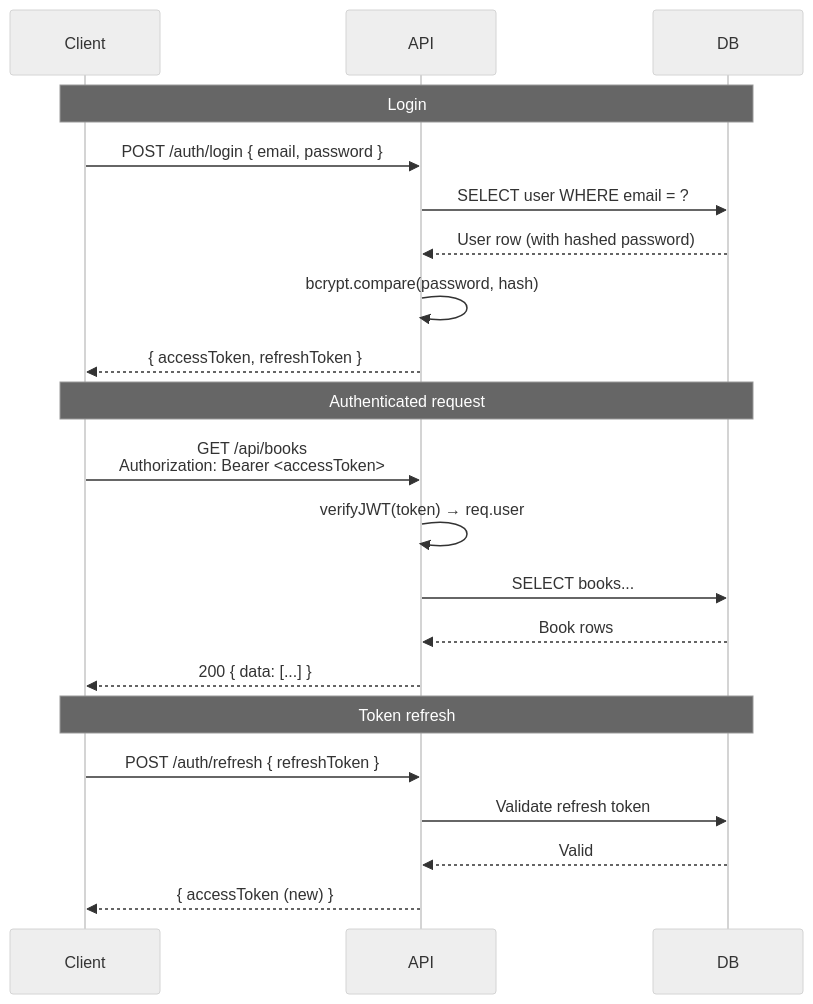
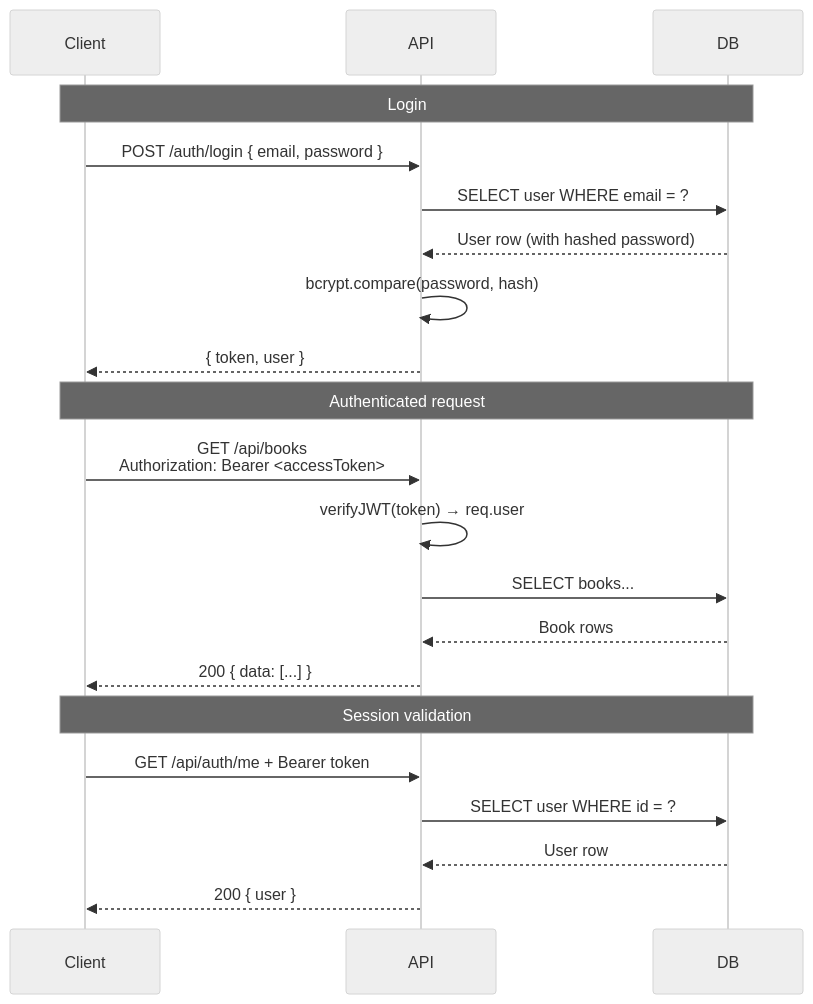
The sixth of 8 diagrams in docs-site/dev/architecture.md (mnaimfaizy/folio), drawn with Mermaid (neutral theme) before and after one commit. The commit also changed other lines of this file and 4 other files, not shown here.

Commit message:
docs: update documentation for database schema, project structure, and shared library

````diff
--- a/docs-site/dev/architecture.md
+++ b/docs-site/dev/architecture.md
@@ -189,26 +189,26 @@
 ```mermaid
 sequenceDiagram
   participant Client
   participant API
   participant DB
 
   Note over Client,DB: Login
   Client->>API: POST /auth/login { email, password }
   API->>DB: SELECT user WHERE email = ?
   DB-->>API: User row (with hashed password)
   API->>API: bcrypt.compare(password, hash)
-  API-->>Client: { accessToken, refreshToken }
+  API-->>Client: { token, user }
 
   Note over Client,DB: Authenticated request
   Client->>API: GET /api/books<br/>Authorization: Bearer <accessToken>
   API->>API: verifyJWT(token) → req.user
   API->>DB: SELECT books...
   DB-->>API: Book rows
   API-->>Client: 200 { data: [...] }
 
-  Note over Client,DB: Token refresh
-  Client->>API: POST /auth/refresh { refreshToken }
-  API->>DB: Validate refresh token
-  DB-->>API: Valid
-  API-->>Client: { accessToken (new) }
+  Note over Client,DB: Session validation
+  Client->>API: GET /api/auth/me + Bearer token
+  API->>DB: SELECT user WHERE id = ?
+  DB-->>API: User row
+  API-->>Client: 200 { user }
 ```
````
